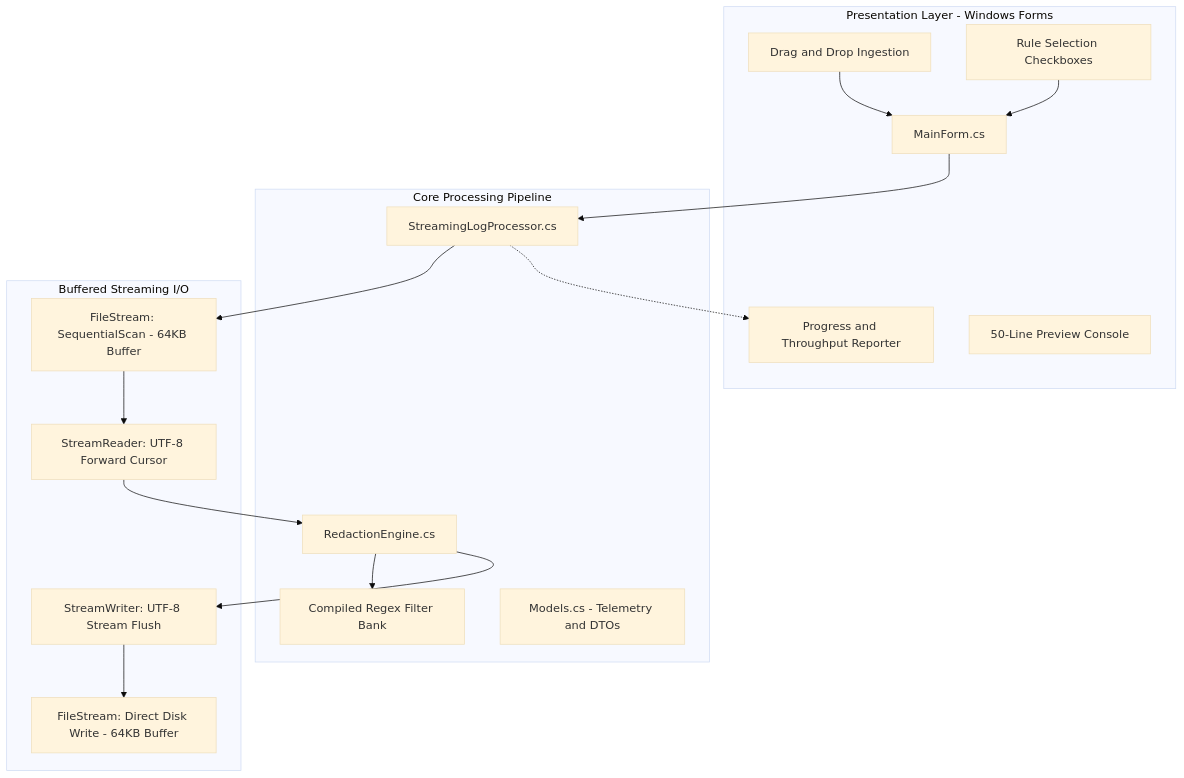
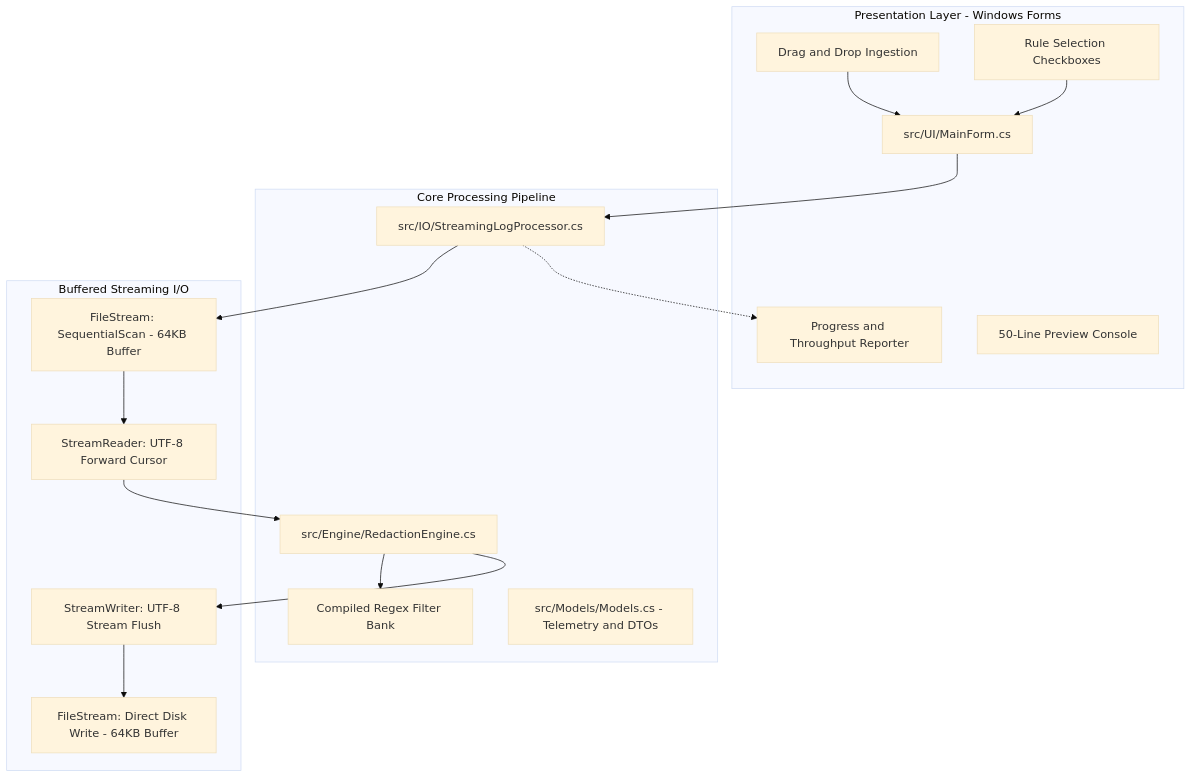
The first of 4 diagrams in README.md (bishwajitprasadgond/Log-Redactor), drawn with Mermaid (base theme) before and after one commit. The commit also changed other lines of this file and 9 other files, not shown here.

````diff
--- a/README.md
+++ b/README.md
@@ -13,35 +99,35 @@
 ```mermaid
 graph TD
     subgraph UI_Layer [Presentation Layer - Windows Forms]
-        MainForm[MainForm.cs]
+        MainForm[src/UI/MainForm.cs]
         DropZone[Drag and Drop Ingestion]
         OptionsCard[Rule Selection Checkboxes]
         ProgressTelemetry[Progress and Throughput Reporter]
         PreviewConsole[50-Line Preview Console]
     end
 
     subgraph Core_Engine [Core Processing Pipeline]
-        Processor[StreamingLogProcessor.cs]
-        Engine[RedactionEngine.cs]
+        Processor[src/IO/StreamingLogProcessor.cs]
+        Engine[src/Engine/RedactionEngine.cs]
         RulesBank[Compiled Regex Filter Bank]
-        Models[Models.cs - Telemetry and DTOs]
+        Models[src/Models/Models.cs - Telemetry and DTOs]
     end
 
     subgraph IO_Layer [Buffered Streaming I/O]
         InStream[FileStream: SequentialScan - 64KB Buffer]
         Reader[StreamReader: UTF-8 Forward Cursor]
         Writer[StreamWriter: UTF-8 Stream Flush]
         OutStream[FileStream: Direct Disk Write - 64KB Buffer]
     end
 
     DropZone --> MainForm
     OptionsCard --> MainForm
     MainForm --> Processor
     Processor --> InStream
     InStream --> Reader
     Reader --> Engine
     Engine --> RulesBank
     Engine --> Writer
     Writer --> OutStream
     Processor -.-> ProgressTelemetry
 ```
````
